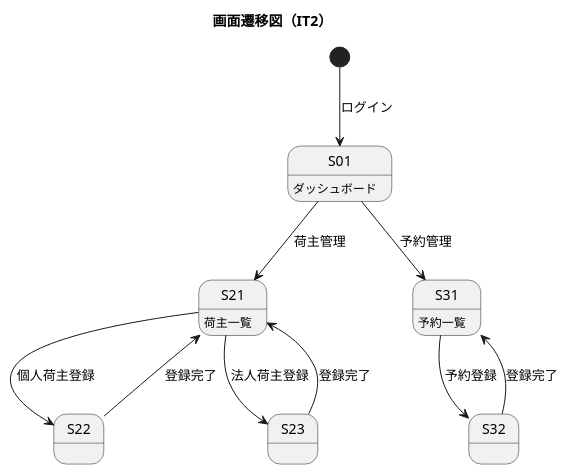
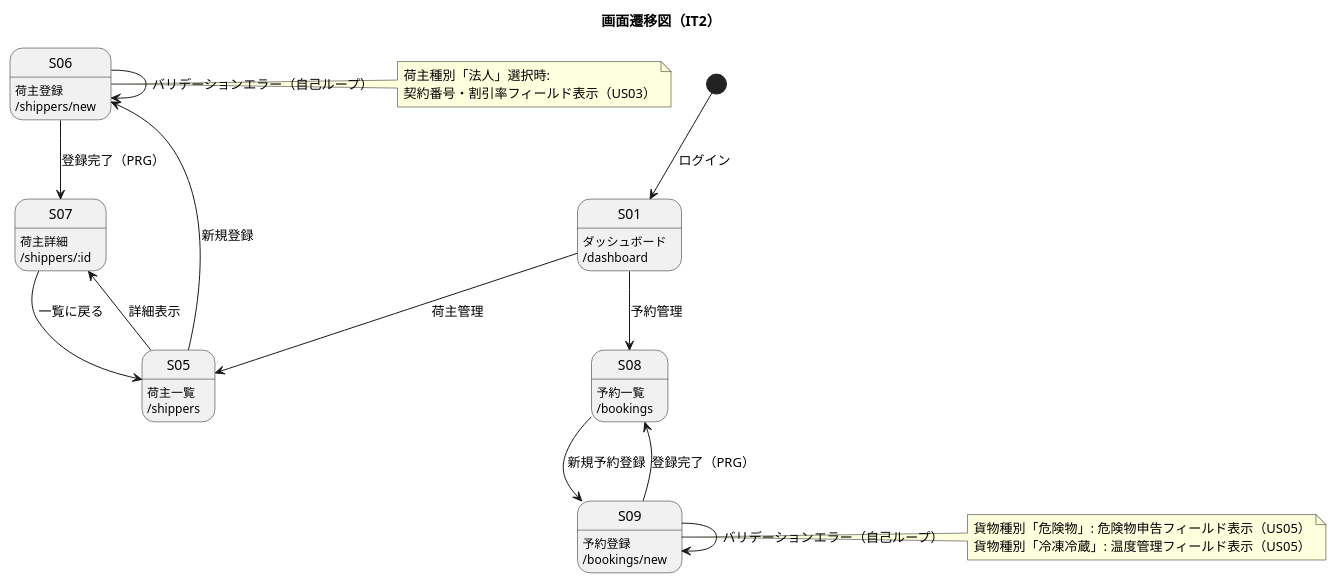
The fifth of 5 diagrams in docs/development/iteration_plan-2.md (k2works/case-study-cargo-tracker), drawn with PlantUML before and after one commit. The commit also changed other lines of this file, not shown here.

````diff
--- a/docs/development/iteration_plan-2.md
+++ b/docs/development/iteration_plan-2.md
@@ -320,21 +396,39 @@
 ```plantuml
 @startuml
 title 画面遷移図（IT2）
 
 [*] --> S01 : ログイン
 
-S01 : ダッシュボード
-S01 --> S21 : 荷主管理
-S01 --> S31 : 予約管理
+S01 : ダッシュボード\n/dashboard
+S01 --> S05 : 荷主管理
 
-S21 : 荷主一覧
-S21 --> S22 : 個人荷主登録
-S21 --> S23 : 法人荷主登録
-S22 --> S21 : 登録完了
-S23 --> S21 : 登録完了
+S05 : 荷主一覧\n/shippers
+S05 --> S06 : 新規登録
+S05 --> S07 : 詳細表示
 
-S31 : 予約一覧
-S31 --> S32 : 予約登録
-S32 --> S31 : 登録完了
+S06 : 荷主登録\n/shippers/new
+note right of S06
+  荷主種別「法人」選択時:
+  契約番号・割引率フィールド表示（US03）
+end note
+S06 --> S06 : バリデーションエラー（自己ループ）
+S06 --> S07 : 登録完了（PRG）
+
+S07 : 荷主詳細\n/shippers/:id
+S07 --> S05 : 一覧に戻る
+
+S01 --> S08 : 予約管理
+
+S08 : 予約一覧\n/bookings
+S08 --> S09 : 新規予約登録
+
+S09 : 予約登録\n/bookings/new
+note right of S09
+  貨物種別「危険物」: 危険物申告フィールド表示（US05）
+  貨物種別「冷凍冷蔵」: 温度管理フィールド表示（US05）
+end note
+S09 --> S09 : バリデーションエラー（自己ループ）
+S09 --> S08 : 登録完了（PRG）
+
 @enduml
 ```
````
